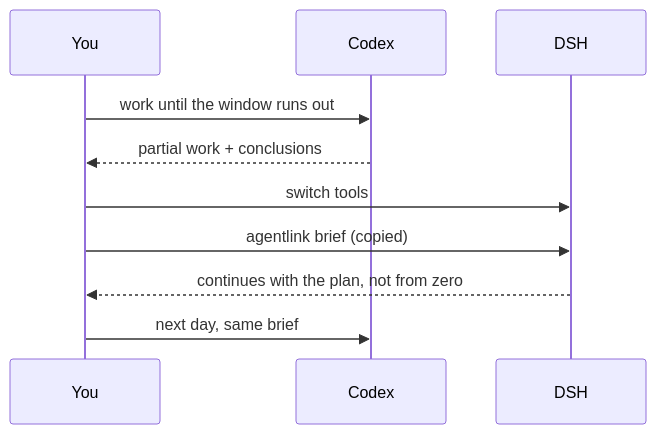
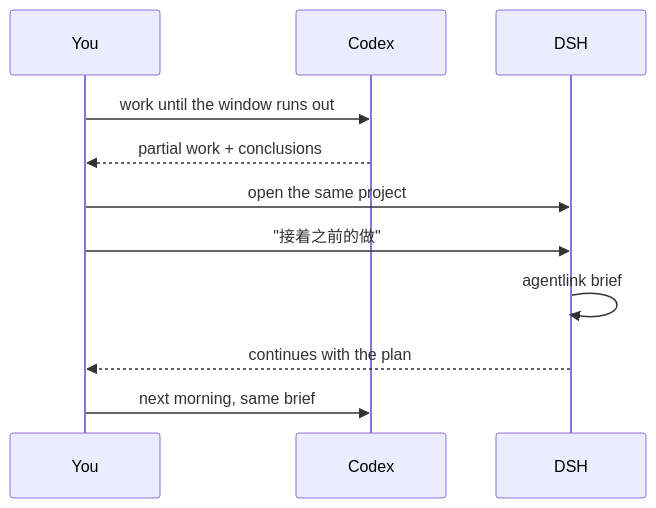
One commit to gougougouz/agent-context-bridge changed the first of 2 diagrams in README.md. Above: the diagram before and after it, drawn with Mermaid. The commit also changed other lines of this file and 10 other files, not shown here.

````diff
--- a/README.md
+++ b/README.md
@@ -164,12 +136,13 @@
 ```mermaid
 sequenceDiagram
     participant You
     participant Codex
     participant DSH
     You->>Codex: work until the window runs out
     Codex-->>You: partial work + conclusions
-    You->>DSH: switch tools
-    You->>DSH: agentlink brief (copied)
-    DSH-->>You: continues with the plan, not from zero
-    You->>Codex: next day, same brief
+    You->>DSH: open the same project
+    You->>DSH: "接着之前的做"
+    DSH->>DSH: agentlink brief
+    DSH-->>You: continues with the plan
+    You->>Codex: next morning, same brief
 ```
````
